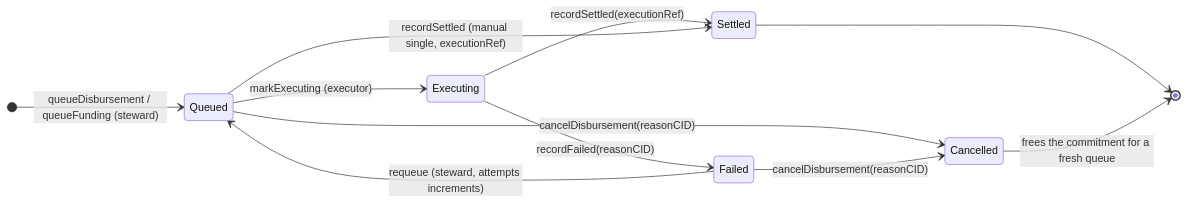
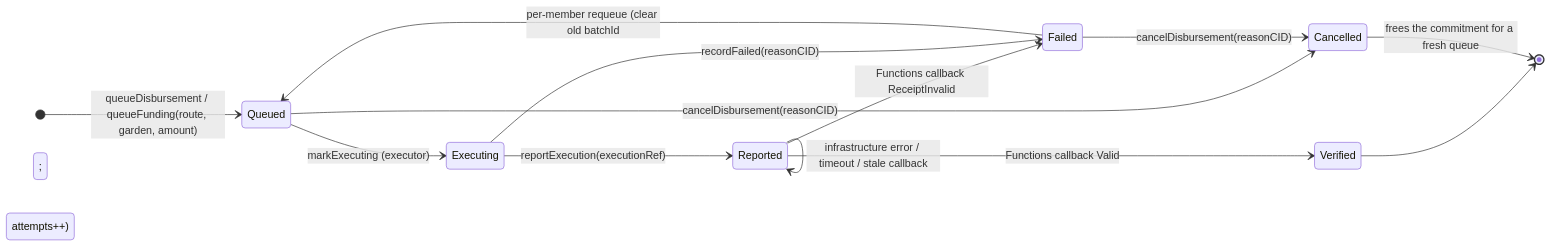
Diagram 12 of 15 in .plans/active/commitment-pooling/diagrams.md (greenpill-dev-guild/green-goods), drawn with Mermaid before and after one commit. The commit also changed other lines of this file and 51 other files, not shown here.

````diff
--- a/.plans/active/commitment-pooling/diagrams.md
+++ b/.plans/active/commitment-pooling/diagrams.md
@@ -398,14 +648,17 @@
 ```mermaid
 stateDiagram-v2
   direction LR
-  [*] --> Queued : queueDisbursement / queueFunding (steward)
+  [*] --> Queued : queueDisbursement / queueFunding(route, garden, amount)
   Queued --> Executing : markExecuting (executor)
-  Executing --> Settled : recordSettled(executionRef)
-  Queued --> Settled : recordSettled (manual single, executionRef)
+  Executing --> Reported : reportExecution(executionRef)
+  Reported --> Reported : requestVerification (derive checking receipt)
+  Reported --> Verified : Functions callback Valid
+  Reported --> Failed : Functions callback ReceiptInvalid
+  Reported --> Reported : infrastructure error / timeout / stale callback
   Executing --> Failed : recordFailed(reasonCID)
-  Failed --> Queued : requeue (steward, attempts increments)
+  Failed --> Queued : per-member requeue (clear old batchId; attempts++)
   Queued --> Cancelled : cancelDisbursement(reasonCID)
   Failed --> Cancelled : cancelDisbursement(reasonCID)
-  Settled --> [*]
+  Verified --> [*]
   Cancelled --> [*] : frees the commitment for a fresh queue
 ```
````
